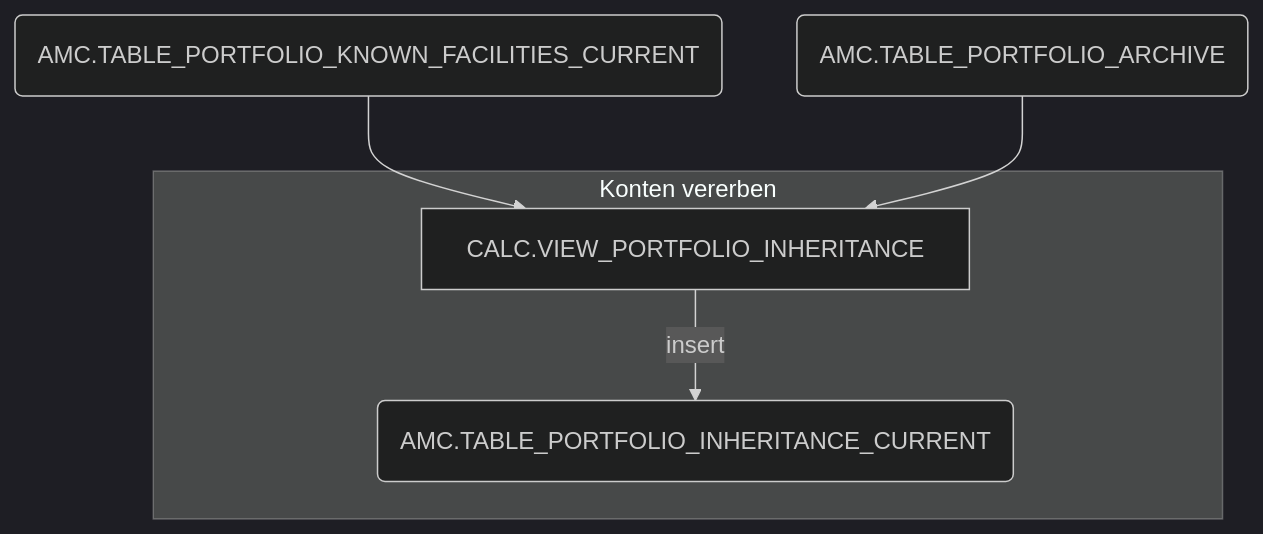
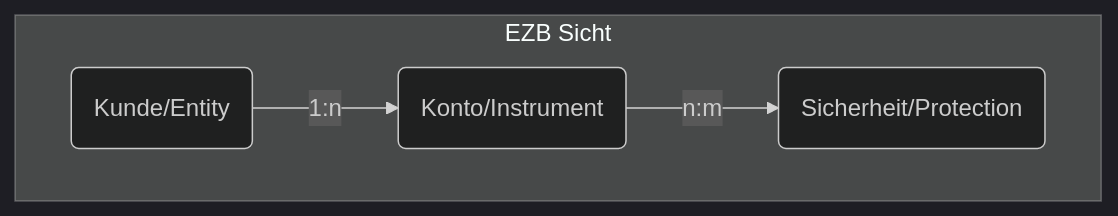
The second of 2 diagrams in readme.md (raphaelrubin/ginitrooper), drawn with Mermaid (dark theme) before and after one commit. The commit also changed other lines of this file and 95 other files, not shown here.

````diff
--- a/readme.md
+++ b/readme.md
@@ -176,11 +27,12 @@
 ```mermaid
 graph TB
 
-  KF(AMC.TABLE_PORTFOLIO_KNOWN_FACILITIES_CURRENT) --> CALC.VIEW_PORTFOLIO_INHERITANCE
-  PORTFOLIO_A(AMC.TABLE_PORTFOLIO_ARCHIVE) --> CALC.VIEW_PORTFOLIO_INHERITANCE
+  subgraph "EZB Sicht"
+  SubGraph1F(Konto/Instrument)
+  SubGraph1K(Kunde/Entity)
+  SubGraph3VO(Sicherheit/Protection)
+  SubGraph1K -- 1:n --> SubGraph1F
+  SubGraph1F -- n:m --> SubGraph3VO
+  end
 
-  subgraph "Konten vererben"
-  PI(AMC.TABLE_PORTFOLIO_INHERITANCE_CURRENT)
-  CALC.VIEW_PORTFOLIO_INHERITANCE -- insert --> PI
-end
 ```
````
